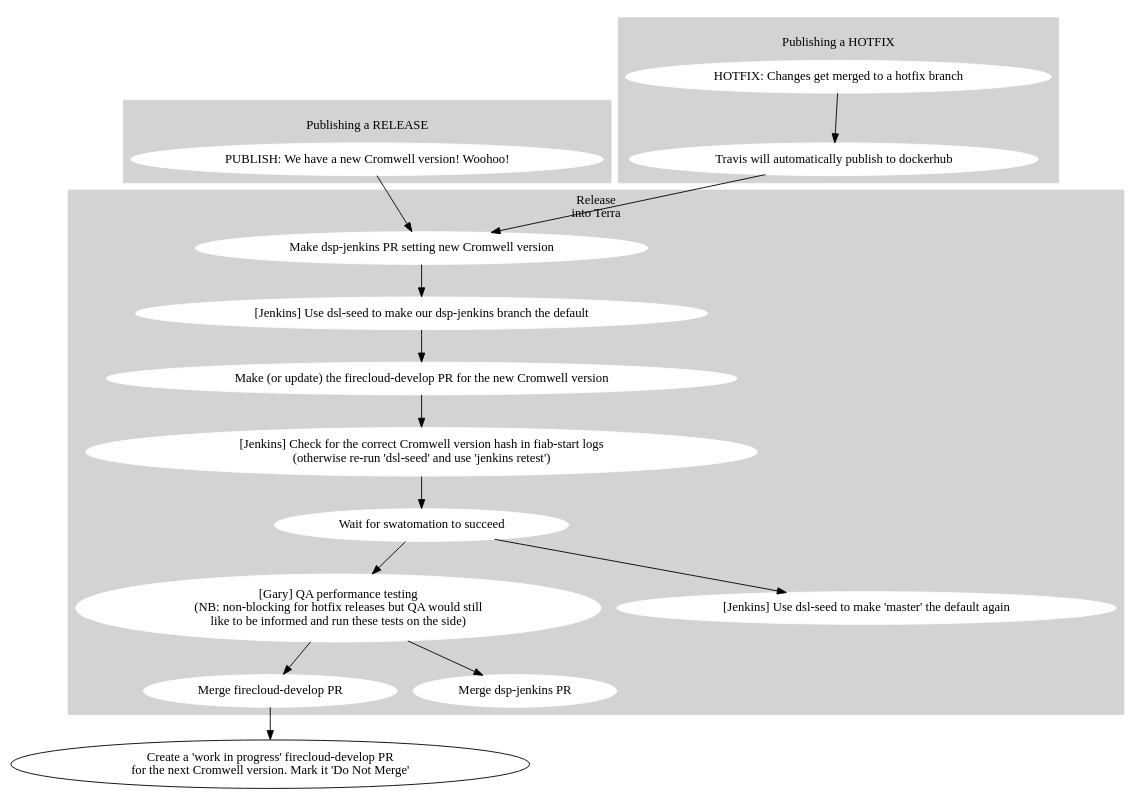
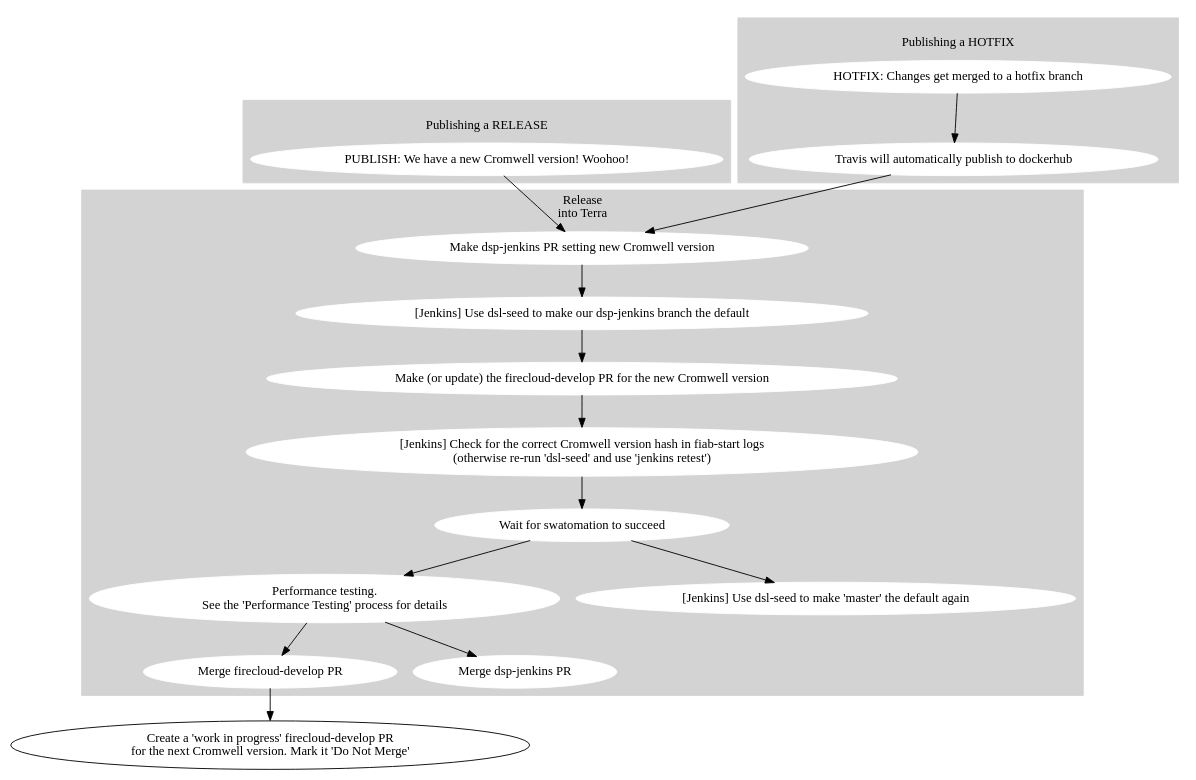
One commit to broadinstitute/cromwell changed the diagram in processes/release_processes/firecloud-develop.dot. Above: the diagram before and after it, drawn with Graphviz. The commit also changed 4 other files, not shown here.

Commit message:
Do-It-Ourselves Perf Testing (#4996)

```diff
--- a/processes/release_processes/firecloud-develop.dot
+++ b/processes/release_processes/firecloud-develop.dot
@@ -1,70 +1,70 @@
 digraph {
 
   # Nodes
 
   subgraph cluster_0 {
     label="\lPublishing a RELEASE"
     style=filled
     node [style=filled,color=white];
     color="lightgrey"
 
     release_cromwell [shape=oval label="PUBLISH: We have a new Cromwell version! Woohoo!"];
   }
 
   subgraph cluster_1 {
     label="\lPublishing a HOTFIX"
     style=filled
     node [style=filled,color=white];
     color="lightgrey"
 
     hotfix_changes [shape=oval label="HOTFIX: Changes get merged to a hotfix branch"];
     publish_hotfix [shape=oval label="Travis will automatically publish to dockerhub"];
   }
 
   subgraph cluster_2 {
     label="Release\ninto Terra"
     style=filled
     node [style=filled,color=white];
     color="lightgrey"
 
     fcdev_pr [shape=oval label="Make (or update) the firecloud-develop PR for the new Cromwell version"];
     confirm_cromwell_v [shape=oval label="[Jenkins] Check for the correct Cromwell version hash in fiab-start logs\n(otherwise re-run 'dsl-seed' and use 'jenkins retest')"];
     confirm_cromwell_v [shape=oval label="[Jenkins] Check for the correct Cromwell version hash in fiab-start logs\n(otherwise re-run 'dsl-seed' and use 'jenkins retest')"];
     fcdev_success [shape=oval label="Wait for swatomation to succeed"];
 
     fcdev_merge [shape=oval label="Merge firecloud-develop PR"];
 
     dspjenkins_PR [shape=oval label="Make dsp-jenkins PR setting new Cromwell version"];
     dspjenkins_merge [shape=oval label="Merge dsp-jenkins PR"];
 
-    qa_perf [shape=oval label="[Gary] QA performance testing\n(NB: non-blocking for hotfix releases but QA would still\nlike to be informed and run these tests on the side)"];
+    qa_perf [shape=oval label="Performance testing.\nSee the 'Performance Testing' process for details"];
 
     jenkins_set [shape=oval label="[Jenkins] Use dsl-seed to make our dsp-jenkins branch the default"];
     jenkins_reset [shape=oval label="[Jenkins] Use dsl-seed to make 'master' the default again"];
 
   }
 
   fcdev_upnext [shape=oval label="Create a 'work in progress' firecloud-develop PR\nfor the next Cromwell version. Mark it 'Do Not Merge'"];
 
   # Edges
 
   hotfix_changes -> publish_hotfix
   publish_hotfix -> dspjenkins_PR
 
   release_cromwell -> dspjenkins_PR
 
   fcdev_pr -> confirm_cromwell_v
 
   dspjenkins_PR -> jenkins_set
 
   jenkins_set -> fcdev_pr
   confirm_cromwell_v -> fcdev_success
 
   fcdev_success -> jenkins_reset
   fcdev_success -> qa_perf
 
   qa_perf -> dspjenkins_merge
   qa_perf -> fcdev_merge
 
   fcdev_merge -> fcdev_upnext
 }
```
